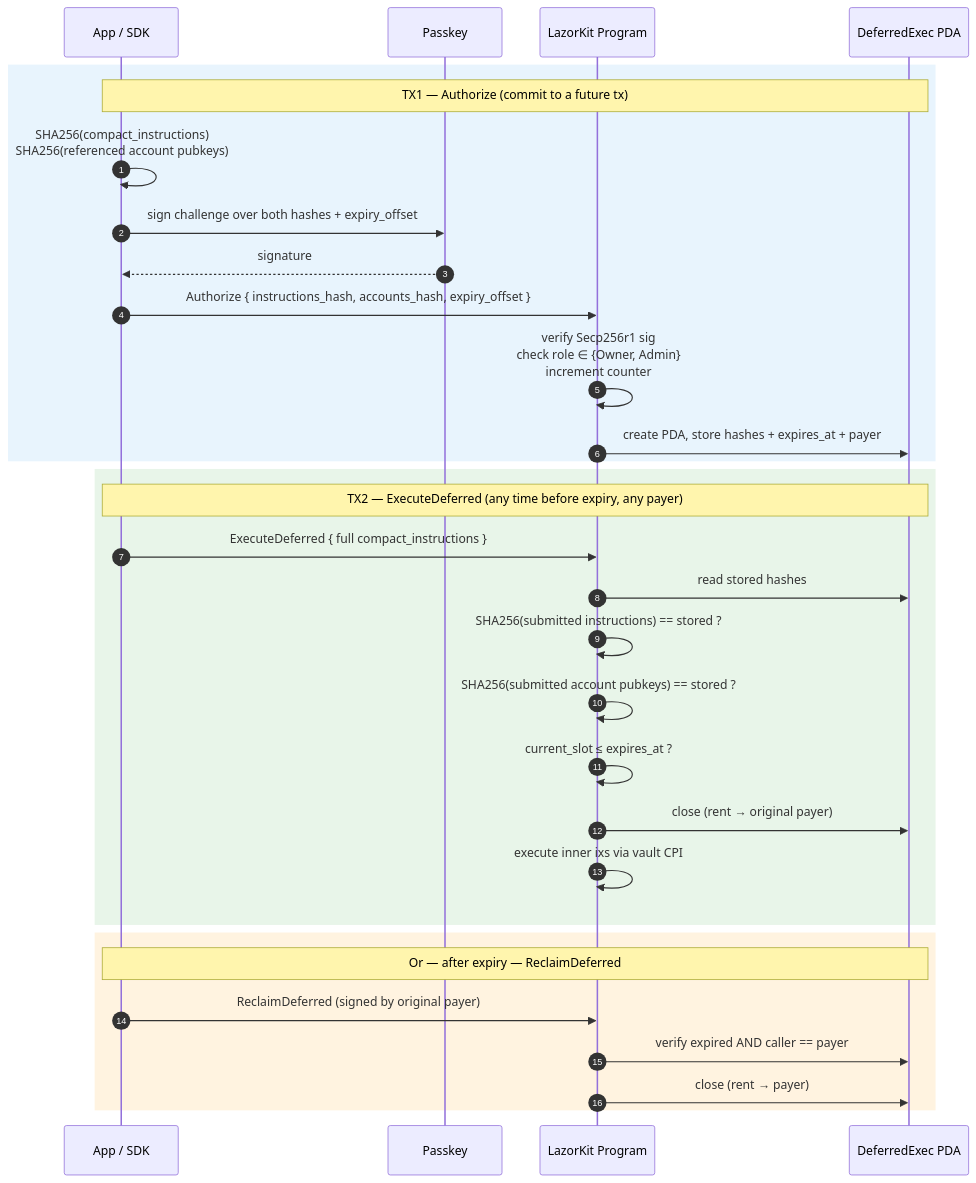
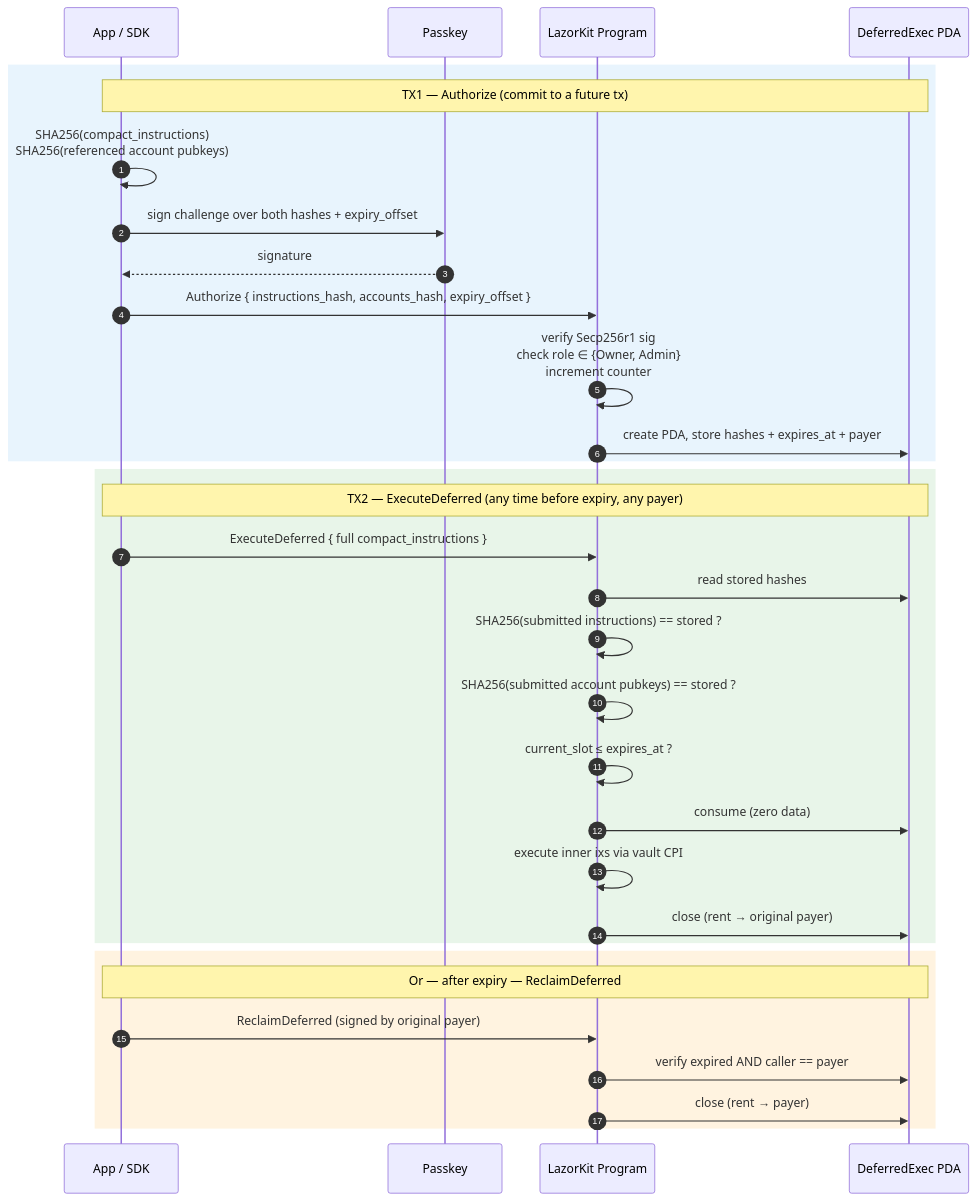
The sixth of 6 diagrams in docs/Architecture.md (lazor-kit/lazorkit-protocol), drawn with Mermaid before and after one commit. The commit also changed other lines of this file and 238 other files, not shown here.

````diff
--- a/docs/Architecture.md
+++ b/docs/Architecture.md
@@ -492,36 +703,37 @@
 ```mermaid
 sequenceDiagram
     autonumber
     participant App as App / SDK
     participant WA as Passkey
     participant LK as LazorKit Program
     participant DPDA as DeferredExec PDA
 
     rect rgb(232,244,253)
     Note over App,DPDA: TX1 — Authorize (commit to a future tx)
     App->>App: SHA256(compact_instructions)<br/>SHA256(referenced account pubkeys)
     App->>WA: sign challenge over both hashes + expiry_offset
     WA-->>App: signature
     App->>LK: Authorize { instructions_hash, accounts_hash, expiry_offset }
     LK->>LK: verify Secp256r1 sig<br/>check role ∈ {Owner, Admin}<br/>increment counter
     LK->>DPDA: create PDA, store hashes + expires_at + payer
     end
 
     rect rgb(232,245,233)
     Note over App,DPDA: TX2 — ExecuteDeferred (any time before expiry, any payer)
     App->>LK: ExecuteDeferred { full compact_instructions }
     LK->>DPDA: read stored hashes
     LK->>LK: SHA256(submitted instructions) == stored ?
     LK->>LK: SHA256(submitted account pubkeys) == stored ?
     LK->>LK: current_slot ≤ expires_at ?
+    LK->>DPDA: consume (zero data)
+    LK->>LK: execute inner ixs via vault CPI
     LK->>DPDA: close (rent → original payer)
-    LK->>LK: execute inner ixs via vault CPI
     end
 
     rect rgb(255,243,224)
     Note over App,DPDA: Or — after expiry — ReclaimDeferred
     App->>LK: ReclaimDeferred (signed by original payer)
     LK->>DPDA: verify expired AND caller == payer
     LK->>DPDA: close (rent → payer)
     end
 ```
````
